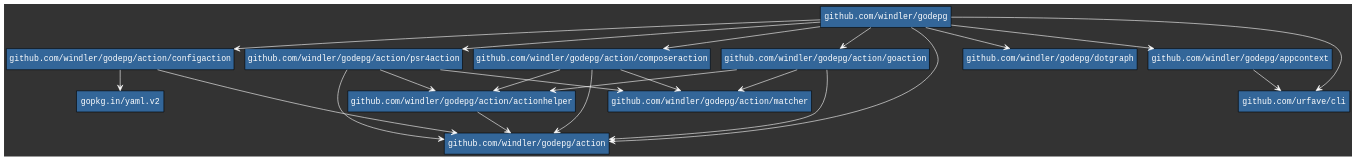
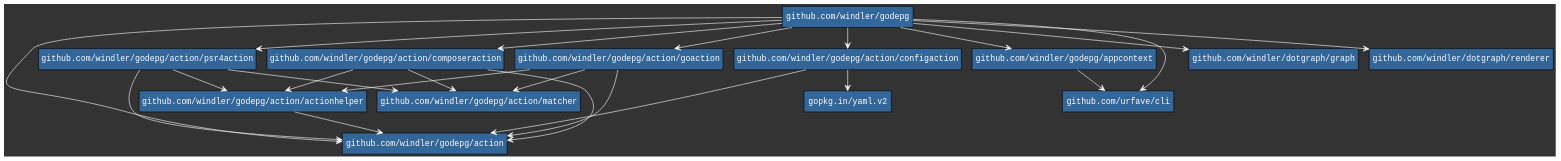
One commit to windler/godepg changed the diagram in deps.png.dot. Above: the diagram before and after it, drawn with Graphviz. The commit also changed 6 other files, not shown here.

```diff
--- a/deps.png.dot
+++ b/deps.png.dot
@@ -1,36 +1,36 @@
 digraph godepg {
 graph [bgcolor="#333333"]
 node [shape="rectangle" fillcolor="#336699" style="filled" fontcolor="white" fontname="Courier"]
 edge [fontcolor="white" splines="curved" arrowhead="open" color="white"]
+"github.com/windler/godepg/action/actionhelper"
+"github.com/windler/godepg/action/actionhelper"->"github.com/windler/godepg/action"
+"github.com/windler/godepg/action/composeraction"
+"github.com/windler/godepg/action/composeraction"->"github.com/windler/godepg/action"
+"github.com/windler/godepg/action/composeraction"->"github.com/windler/godepg/action/actionhelper"
+"github.com/windler/godepg/action/composeraction"->"github.com/windler/godepg/action/matcher"
 "github.com/windler/godepg/action/configaction"
 "github.com/windler/godepg/action/configaction"->"github.com/windler/godepg/action"
 "github.com/windler/godepg/action/configaction"->"gopkg.in/yaml.v2"
 "github.com/windler/godepg/action/matcher"
-"github.com/windler/godepg/action/psr4action"
-"github.com/windler/godepg/action/psr4action"->"github.com/windler/godepg/action"
-"github.com/windler/godepg/action/psr4action"->"github.com/windler/godepg/action/actionhelper"
-"github.com/windler/godepg/action/psr4action"->"github.com/windler/godepg/action/matcher"
-"github.com/windler/godepg/dotgraph"
-"github.com/windler/godepg/action/actionhelper"
-"github.com/windler/godepg/action/actionhelper"->"github.com/windler/godepg/action"
-"github.com/windler/godepg/action"
-"github.com/windler/godepg/action/composeraction"
-"github.com/windler/godepg/action/composeraction"->"github.com/windler/godepg/action"
-"github.com/windler/godepg/action/composeraction"->"github.com/windler/godepg/action/actionhelper"
-"github.com/windler/godepg/action/composeraction"->"github.com/windler/godepg/action/matcher"
-"github.com/windler/godepg/action/goaction"
-"github.com/windler/godepg/action/goaction"->"github.com/windler/godepg/action"
-"github.com/windler/godepg/action/goaction"->"github.com/windler/godepg/action/actionhelper"
-"github.com/windler/godepg/action/goaction"->"github.com/windler/godepg/action/matcher"
-"github.com/windler/godepg/appcontext"
-"github.com/windler/godepg/appcontext"->"github.com/urfave/cli"
 "github.com/windler/godepg"
 "github.com/windler/godepg"->"github.com/urfave/cli"
+"github.com/windler/godepg"->"github.com/windler/dotgraph/graph"
+"github.com/windler/godepg"->"github.com/windler/dotgraph/renderer"
 "github.com/windler/godepg"->"github.com/windler/godepg/action"
 "github.com/windler/godepg"->"github.com/windler/godepg/action/composeraction"
 "github.com/windler/godepg"->"github.com/windler/godepg/action/configaction"
 "github.com/windler/godepg"->"github.com/windler/godepg/action/goaction"
 "github.com/windler/godepg"->"github.com/windler/godepg/action/psr4action"
 "github.com/windler/godepg"->"github.com/windler/godepg/appcontext"
-"github.com/windler/godepg"->"github.com/windler/godepg/dotgraph"
+"github.com/windler/godepg/action"
+"github.com/windler/godepg/action/goaction"
+"github.com/windler/godepg/action/goaction"->"github.com/windler/godepg/action"
+"github.com/windler/godepg/action/goaction"->"github.com/windler/godepg/action/actionhelper"
+"github.com/windler/godepg/action/goaction"->"github.com/windler/godepg/action/matcher"
+"github.com/windler/godepg/action/psr4action"
+"github.com/windler/godepg/action/psr4action"->"github.com/windler/godepg/action"
+"github.com/windler/godepg/action/psr4action"->"github.com/windler/godepg/action/actionhelper"
+"github.com/windler/godepg/action/psr4action"->"github.com/windler/godepg/action/matcher"
+"github.com/windler/godepg/appcontext"
+"github.com/windler/godepg/appcontext"->"github.com/urfave/cli"
 }
```
